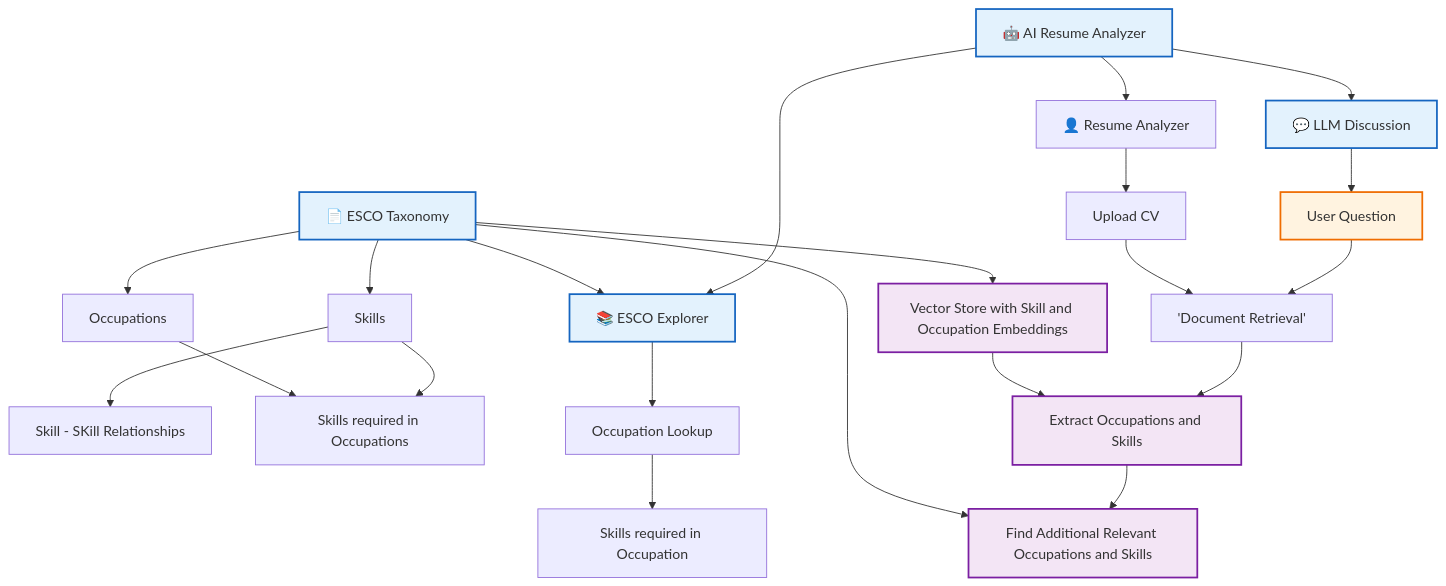
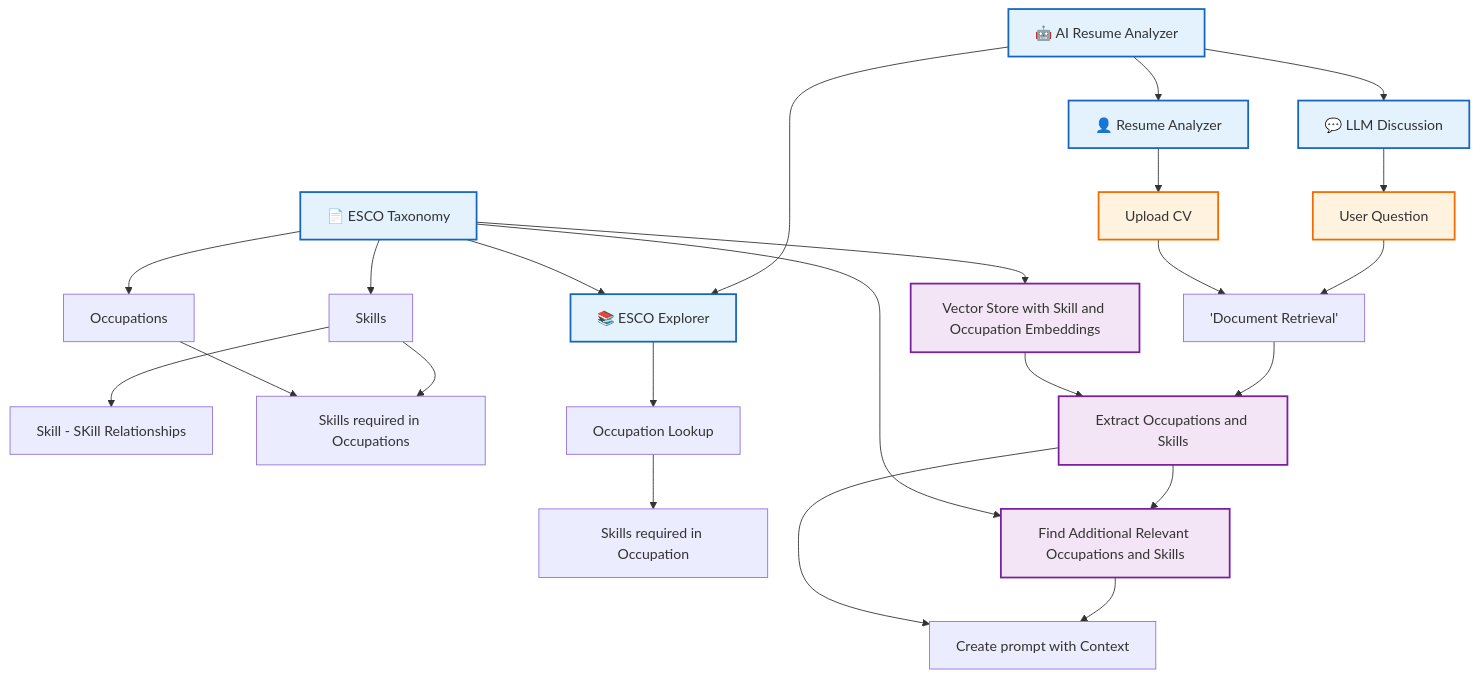
The diagram in README.md (koncharman/resume_analyzer), drawn with Mermaid before and after one commit. The commit also changed other lines of this file, not shown here.

````diff
--- a/README.md
+++ b/README.md
@@ -10,43 +10,45 @@
 ```mermaid
 flowchart TD
     ES["📄 ESCO Taxonomy"]
     ES --> ESS["Skills"]
     ES --> ESO["Occupations"]
     ESS --> ESSS["Skill - SKill Relationships"]
     ESS --> ESSO["Skills required in Occupations"]
     ESO --> ESSO
 
     A["🤖 AI Resume Analyzer"]
     
     A --> B["📚 ESCO Explorer"]
     A --> C["💬 LLM Discussion"]
     A --> D["👤 Resume Analyzer"]
 
     ES --> B
     B --> E["Occupation Lookup"]
     E --> F["Skills required in Occupation"]
 
     ES --> VEC["Vector Store with Skill and Occupation Embeddings"]
 
     C --> H["User Question"]
 
     D --> I["Upload CV"]
 
     H --> J['Document Retrieval']
     I --> J
 
     J --> RAG["Extract Occupations and Skills"]
     VEC --> RAG
 
     RAG --> DS["Find Additional Relevant Occupations and Skills"]
     ES --> DS
+
+    DS --> CX["Create prompt with Context"]
+    RAG --> CX
     
-
     classDef app fill:#e3f2fd,stroke:#1565c0,stroke-width:2px;
     classDef rag fill:#f3e5f5,stroke:#7b1fa2,stroke-width:2px;
     classDef llm fill:#fff3e0,stroke:#ef6c00,stroke-width:2px;
 
-    class ES,A,B,C app;
+    class ES,A,B,C,D app;
     class VEC,RAG,DS rag;
-    class H llm;
+    class H,I llm;
 ```
````
